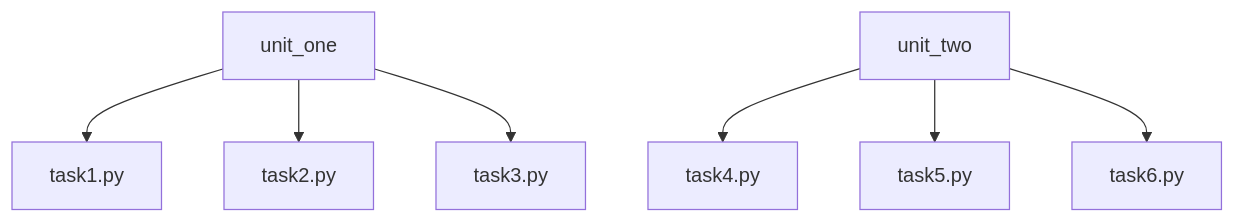
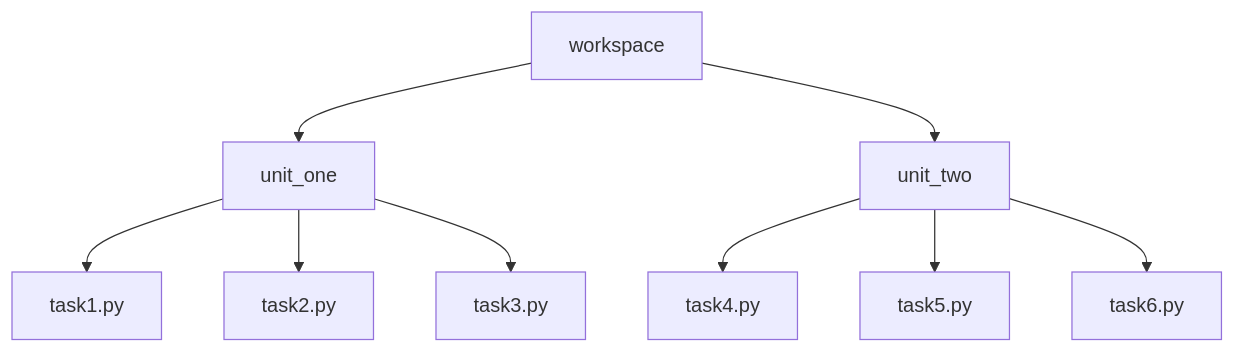
Before and after one commit to chertkov-vitaliy/python_spring_2022: the second of 2 diagrams in README.MD, drawn with Mermaid.

````diff
--- a/README.MD
+++ b/README.MD
@@ -51,9 +51,11 @@
 ```mermaid
 graph TD;
+    workspace-->unit_one
+    workspace-->unit_two
     unit_one-->task1.py
     unit_one-->task2.py
     unit_one-->task3.py
     unit_two-->task4.py
     unit_two-->task5.py
     unit_two-->task6.py
 ```
````
